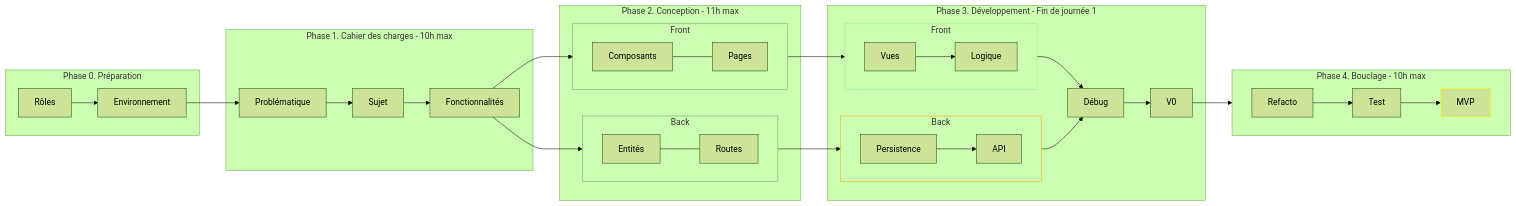
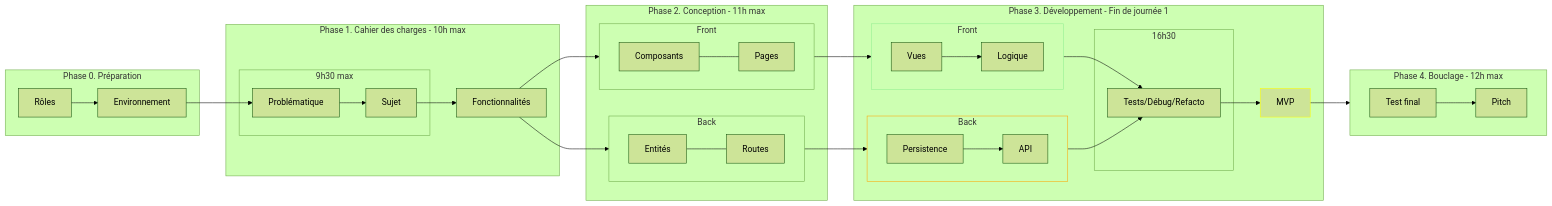
One commit to sximenez/2023-10-oct-hackathon-doc changed the first of 6 diagrams in README.md. Above: the diagram before and after it, drawn with Mermaid (forest theme). The commit also changed other lines of this file, not shown here.

````diff
--- a/README.md
+++ b/README.md
@@ -27,55 +21,64 @@
 ```mermaid
 graph LR
 
 subgraph Phase 0. Préparation
 Rôles --> Environnement
 end
 
 Environnement --> Problématique
 
 subgraph Phase 1. Cahier des charges - 10h max
-Problématique --> Sujet --> Fonctionnalités
+
+subgraph 9h30 max
+Problématique --> Sujet
+end
+
+Sujet --> Fonctionnalités
 end
 
 subgraph Phase 2. Conception - 11h max
 
 subgraph 1[Front]
 direction LR
 Composants --- Pages
 end
 
 subgraph 2[Back]
 direction LR
 Entités --- Routes
 end
 
 end
 
 subgraph Phase 3. Développement - Fin de journée 1
 
 subgraph 3[Front]
 direction LR
 Vues --> Logique
 end
 
 subgraph 4[Back]
 direction LR
 Persistence --> API
 end
 
-Débug --> V0
+subgraph 16h30
+Tests/Débug/Refacto
+end
+
+Tests/Débug/Refacto --> MVP
 
 end
 
-subgraph Phase 4. Bouclage - 10h max
+subgraph Phase 4. Bouclage - 12h max
 direction LR
-V0 --> Refacto --> Test --> MVP
+MVP --> 5[Test final] --> Pitch
 end
 
-Fonctionnalités --> 1[Front] --> 3[Front] --> Débug
-Fonctionnalités --> 2[Back] --> 4[Back] --> Débug
+Fonctionnalités --> 1[Front] --> 3[Front] --> Tests/Débug/Refacto
+Fonctionnalités --> 2[Back] --> 4[Back] --> Tests/Débug/Refacto
 
 style 3 stroke:lightgreen
 style 4 stroke:orange
 style MVP stroke:yellow
 ```
````
